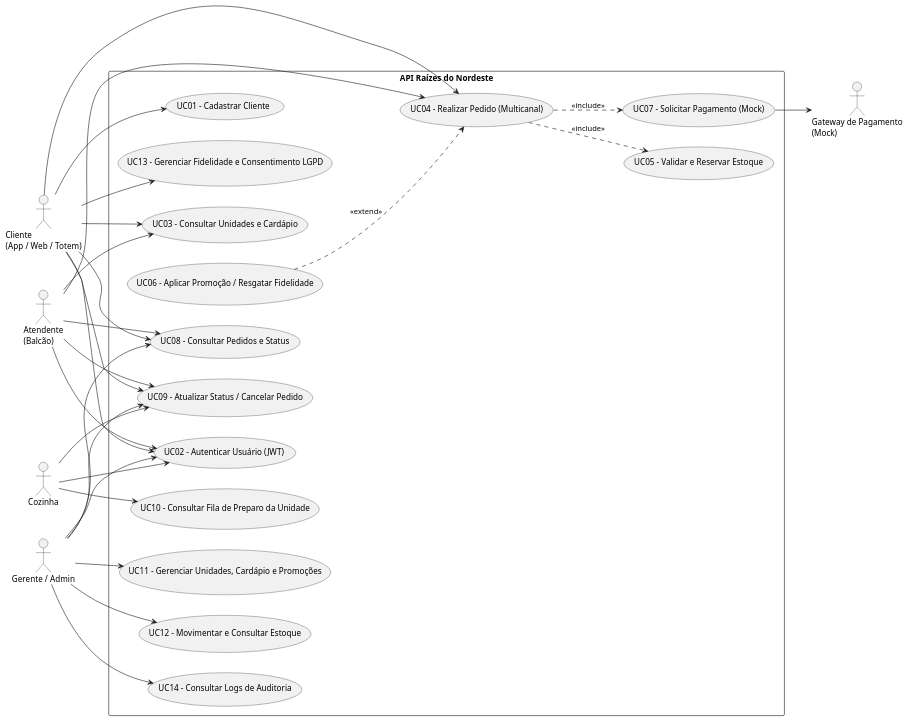
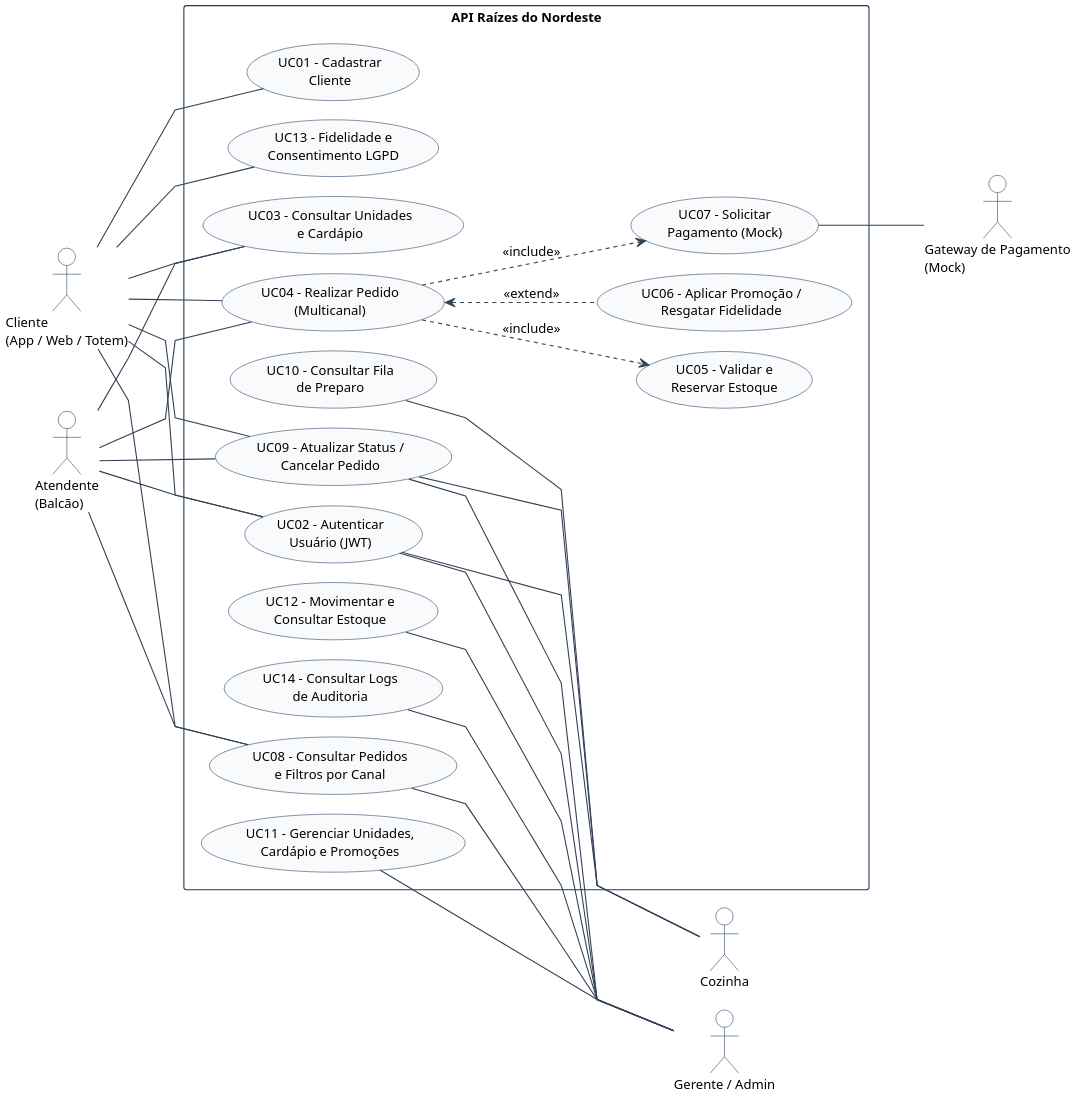
Before and after one commit to mmrezende/raizes-nordeste-api: the diagram in docs/diagrams/use-cases.puml, drawn with PlantUML.

Commit message:
fix: ajuste de layout no diagrama

```diff
--- a/docs/diagrams/use-cases.puml
+++ b/docs/diagrams/use-cases.puml
@@ -1,57 +1,76 @@
-@startuml
+@startuml API Raízes do Nordeste
 left to right direction
+
+skinparam dpi 180
+skinparam shadowing false
+skinparam linetype polyline
 skinparam packageStyle rectangle
+skinparam defaultFontName SansSerif
+skinparam defaultFontSize 12
+skinparam nodesep 18
+skinparam ranksep 65
+skinparam ArrowColor #334155
+skinparam ActorBorderColor #1E3A5F
+skinparam ActorBackgroundColor #FFFFFF
+skinparam UsecaseBorderColor #1E3A5F
+skinparam UsecaseBackgroundColor #F8FAFC
+skinparam RectangleBorderColor #1E3A5F
+skinparam RectangleBackgroundColor #FFFFFF
 
 actor "Cliente\n(App / Web / Totem)" as Cliente
 actor "Atendente\n(Balcão)" as Atendente
+
+rectangle "API Raízes do Nordeste" {
+  usecase "UC01 - Cadastrar\nCliente" as UC01
+  usecase "UC13 - Fidelidade e\nConsentimento LGPD" as UC13
+  usecase "UC03 - Consultar Unidades\ne Cardápio" as UC03
+  usecase "UC04 - Realizar Pedido\n(Multicanal)" as UC04
+  usecase "UC05 - Validar e\nReservar Estoque" as UC05
+  usecase "UC06 - Aplicar Promoção /\nResgatar Fidelidade" as UC06
+  usecase "UC07 - Solicitar\nPagamento (Mock)" as UC07
+
+  usecase "UC02 - Autenticar\nUsuário (JWT)" as UC02
+  usecase "UC08 - Consultar Pedidos\ne Filtros por Canal" as UC08
+  usecase "UC09 - Atualizar Status /\nCancelar Pedido" as UC09
+
+  usecase "UC10 - Consultar Fila\nde Preparo" as UC10
+  usecase "UC11 - Gerenciar Unidades,\nCardápio e Promoções" as UC11
+  usecase "UC12 - Movimentar e\nConsultar Estoque" as UC12
+  usecase "UC14 - Consultar Logs\nde Auditoria" as UC14
+}
+
+actor "Gateway de Pagamento\n(Mock)" as Gateway
 actor "Cozinha" as Cozinha
 actor "Gerente / Admin" as GerenteAdmin
-actor "Gateway de Pagamento\n(Mock)" as Gateway
 
-rectangle "API Raízes do Nordeste" {
-  usecase "UC01 - Cadastrar Cliente" as UC01
-  usecase "UC02 - Autenticar Usuário (JWT)" as UC02
-  usecase "UC03 - Consultar Unidades e Cardápio" as UC03
-  usecase "UC04 - Realizar Pedido (Multicanal)" as UC04
-  usecase "UC05 - Validar e Reservar Estoque" as UC05
-  usecase "UC06 - Aplicar Promoção / Resgatar Fidelidade" as UC06
-  usecase "UC07 - Solicitar Pagamento (Mock)" as UC07
-  usecase "UC08 - Consultar Pedidos e Status" as UC08
-  usecase "UC09 - Atualizar Status / Cancelar Pedido" as UC09
-  usecase "UC10 - Consultar Fila de Preparo da Unidade" as UC10
-  usecase "UC11 - Gerenciar Unidades, Cardápio e Promoções" as UC11
-  usecase "UC12 - Movimentar e Consultar Estoque" as UC12
-  usecase "UC13 - Gerenciar Fidelidade e Consentimento LGPD" as UC13
-  usecase "UC14 - Consultar Logs de Auditoria" as UC14
-}
+Cliente -- UC01
+Cliente -- UC13
+Cliente -- UC03
+Cliente -- UC04
+Cliente -- UC02
+Cliente -- UC08
+Cliente -- UC09
 
-Cliente --> UC01
-Cliente --> UC02
-Cliente --> UC03
-Cliente --> UC04
-Cliente --> UC08
-Cliente --> UC09
-Cliente --> UC13
-
-Atendente --> UC02
-Atendente --> UC03
-Atendente --> UC04
-Atendente --> UC08
-Atendente --> UC09
-
-Cozinha --> UC02
-Cozinha --> UC09
-Cozinha --> UC10
-
-GerenteAdmin --> UC02
-GerenteAdmin --> UC08
-GerenteAdmin --> UC09
-GerenteAdmin --> UC11
-GerenteAdmin --> UC12
-GerenteAdmin --> UC14
+Atendente -- UC03
+Atendente -- UC04
+Atendente -- UC02
+Atendente -- UC08
+Atendente -- UC09
 
 UC04 ..> UC05 : <<include>>
 UC04 ..> UC07 : <<include>>
-UC06 ..> UC04 : <<extend>>
-UC07 --> Gateway
+UC04 <.. UC06 : <<extend>>
+
+UC07 -- Gateway
+
+UC02 -- Cozinha
+UC09 -- Cozinha
+UC10 -- Cozinha
+
+UC02 -- GerenteAdmin
+UC08 -- GerenteAdmin
+UC09 -- GerenteAdmin
+UC11 -- GerenteAdmin
+UC12 -- GerenteAdmin
+UC14 -- GerenteAdmin
 @enduml
```
